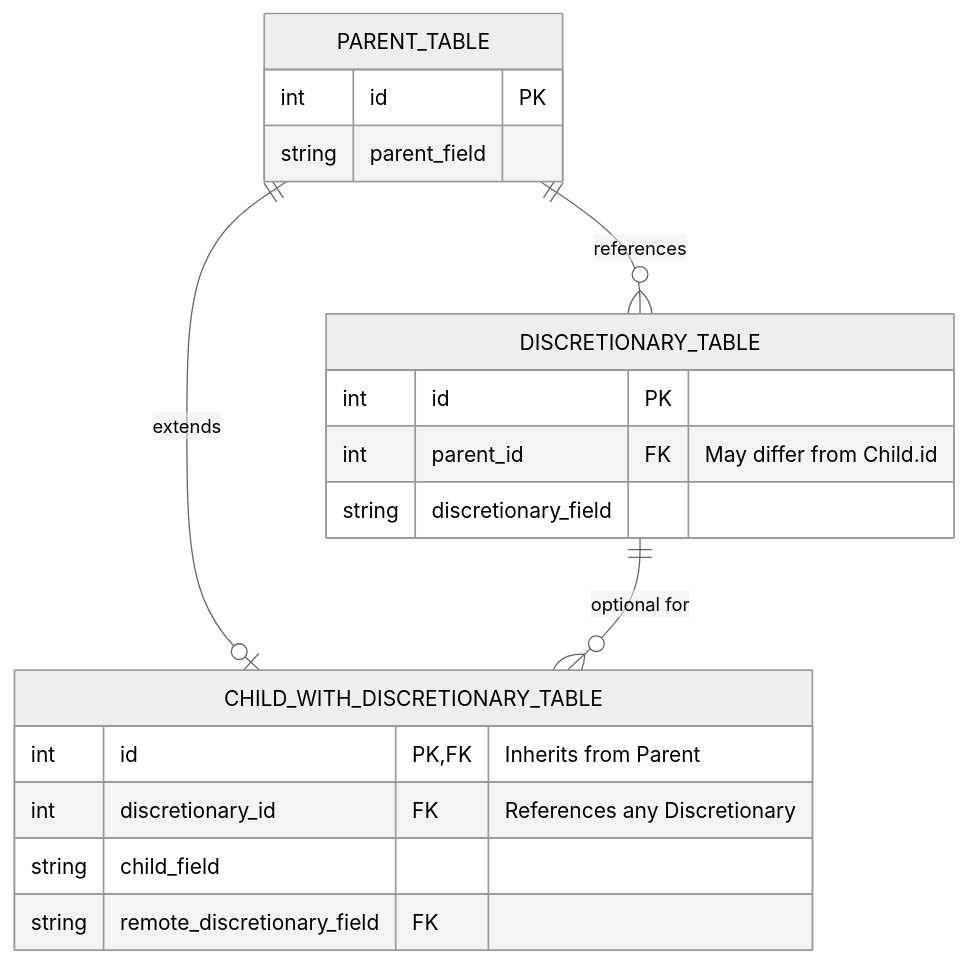
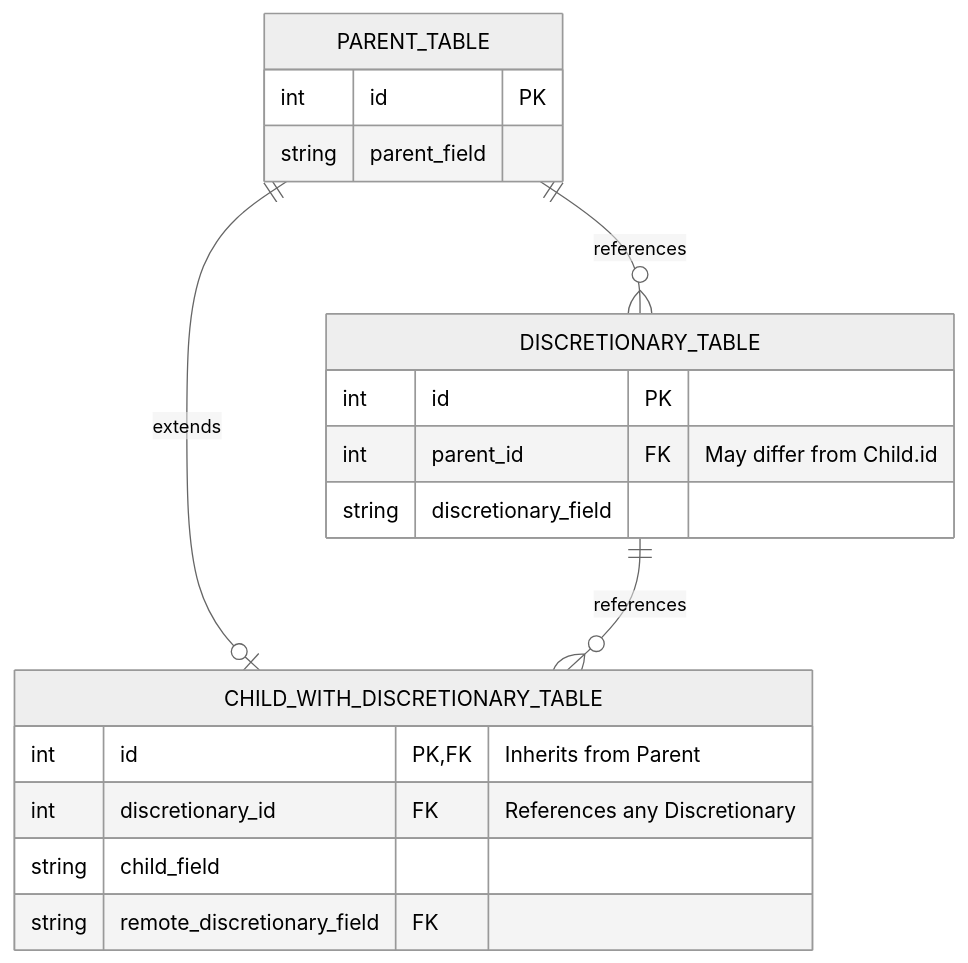
Before and after one commit to LucaCappelletti94/diesel-builders: the fifth of 5 diagrams in README.md, drawn with Mermaid (neutral theme). The commit also changed other lines of this file, not shown here.

Commit message:
Fixed typo in readme

````diff
--- a/README.md
+++ b/README.md
@@ -471,21 +471,21 @@
 ```mermaid
 erDiagram
     PARENT_TABLE ||--o{ DISCRETIONARY_TABLE : references
     PARENT_TABLE ||--o| CHILD_WITH_DISCRETIONARY_TABLE : extends
-    DISCRETIONARY_TABLE ||--o{ CHILD_WITH_DISCRETIONARY_TABLE : "optional for"
+    DISCRETIONARY_TABLE ||--o{ CHILD_WITH_DISCRETIONARY_TABLE : "references"
     PARENT_TABLE {
         int id PK
         string parent_field
     }
     DISCRETIONARY_TABLE {
         int id PK
         int parent_id FK "May differ from Child.id"
         string discretionary_field
     }
     CHILD_WITH_DISCRETIONARY_TABLE {
         int id PK,FK "Inherits from Parent"
         int discretionary_id FK "References any Discretionary"
         string child_field
         string remote_discretionary_field FK
     }
 ```
````
